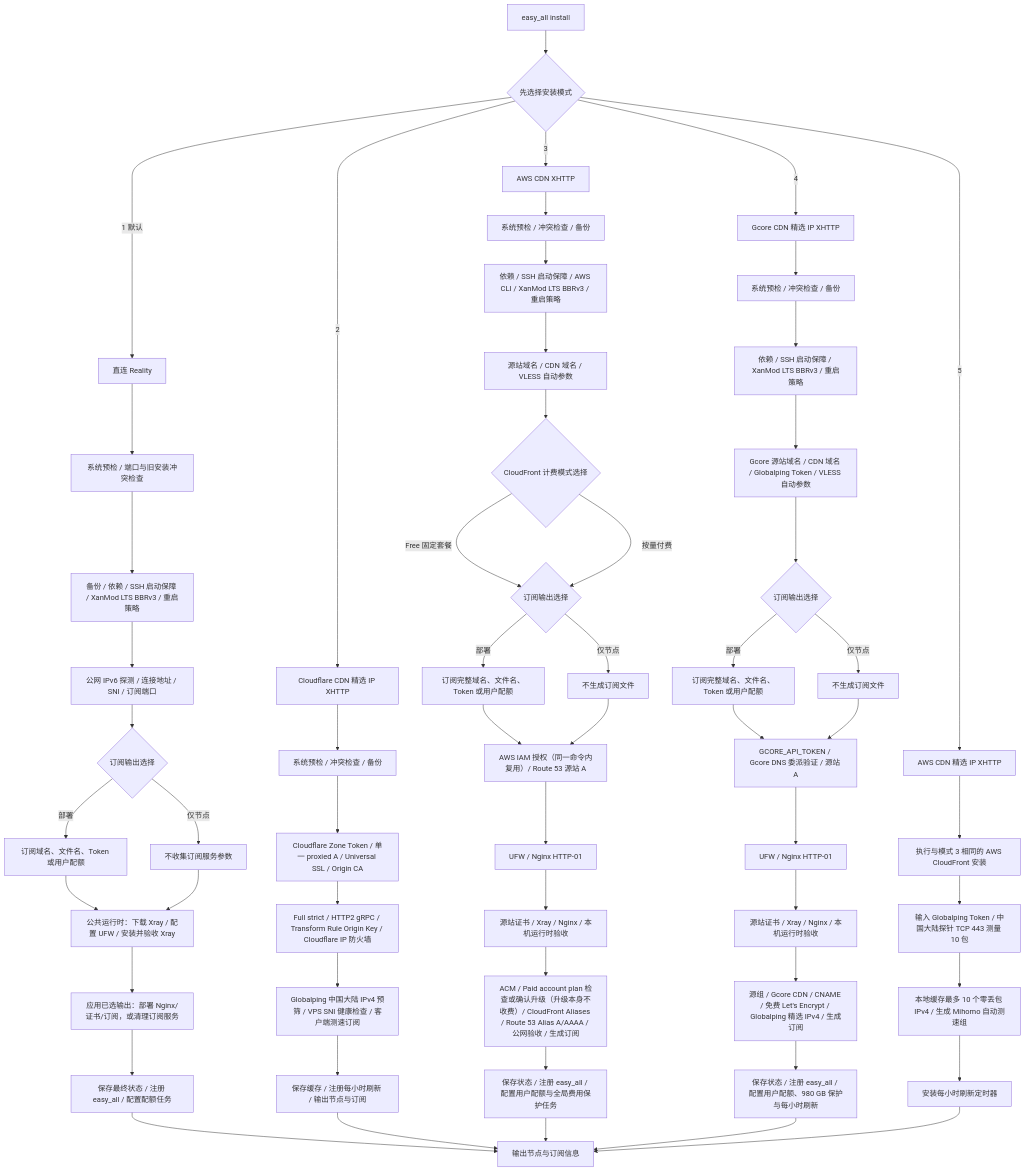
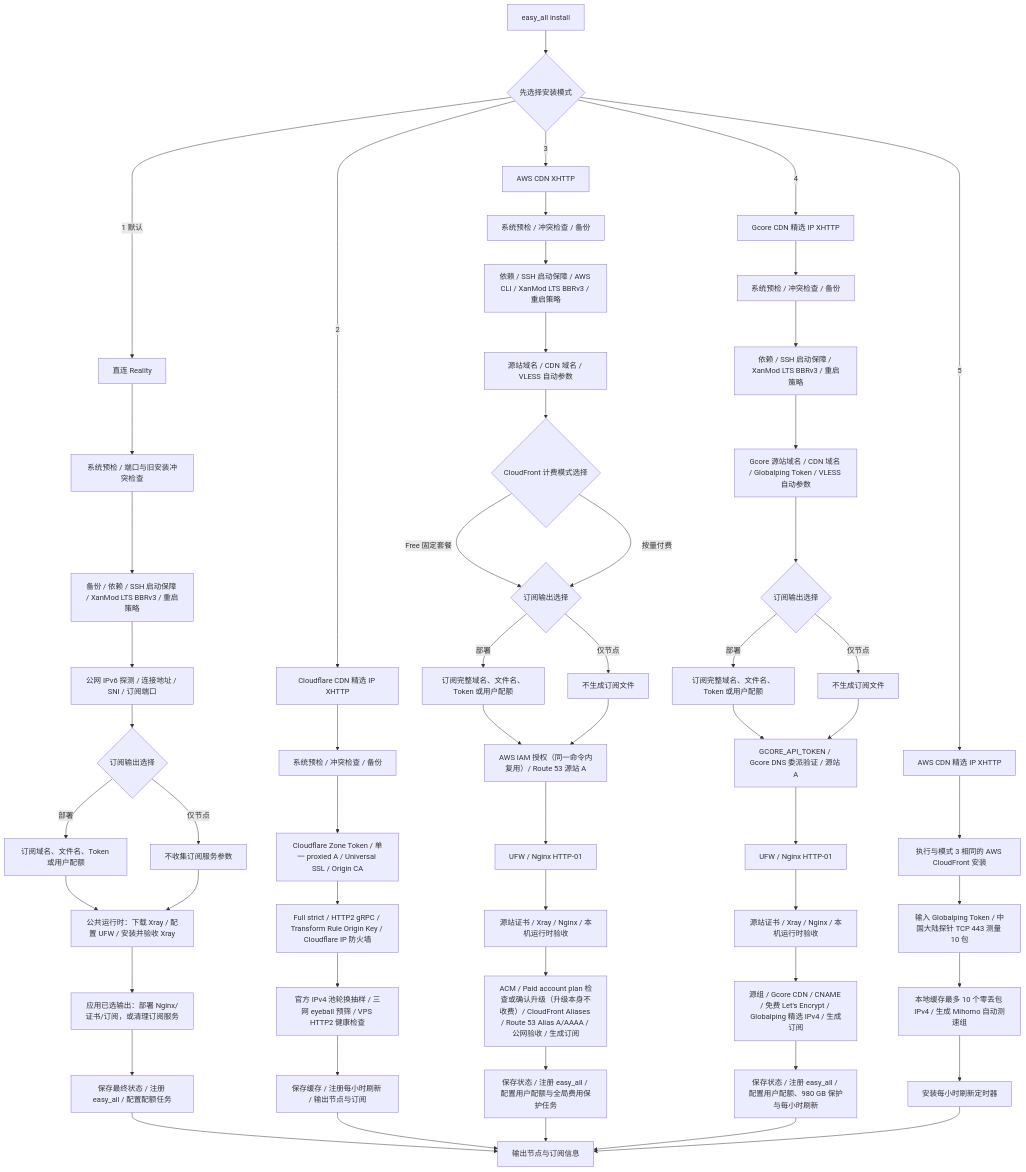
Before and after one commit to v2yiz/easy_all: the diagram in README.md, drawn with Mermaid. The commit also changed other lines of this file and 10 other files, not shown here.

````diff
--- a/README.md
+++ b/README.md
@@ -79,64 +79,64 @@
 ```mermaid
 flowchart TD
     A[easy_all install] --> B{先选择安装模式}
 
     B -->|1 默认| R0[直连 Reality]
     R0 --> R1[系统预检 / 端口与旧安装冲突检查]
     R1 --> R2[备份 / 依赖 / SSH 启动保障 / XanMod LTS BBRv3 / 重启策略]
     R2 --> R3[公网 IPv6 探测 / 连接地址 / SNI / 订阅端口]
     R3 --> R4{订阅输出选择}
     R4 -->|部署| R5[订阅域名、文件名、Token 或用户配额]
     R4 -->|仅节点| R6[不收集订阅服务参数]
     R5 --> R7[公共运行时：下载 Xray / 配置 UFW / 安装并验收 Xray]
     R6 --> R7
     R7 --> R8[应用已选输出：部署 Nginx/证书/订阅，或清理订阅服务]
     R8 --> R9[保存最终状态 / 注册 easy_all / 配置配额任务]
     R9 --> Z[输出节点与订阅信息]
 
     B -->|2| C0[Cloudflare CDN 精选 IP XHTTP]
     C0 --> C1[系统预检 / 冲突检查 / 备份]
     C1 --> C2[Cloudflare Zone Token / 单一 proxied A / Universal SSL / Origin CA]
     C2 --> C3[Full strict / HTTP2 gRPC / Transform Rule Origin Key / Cloudflare IP 防火墙]
-    C3 --> C4[Globalping 中国大陆 IPv4 预筛 / VPS SNI 健康检查 / 客户端测速订阅]
+    C3 --> C4[官方 IPv4 池轮换抽样 / 三网 eyeball 预筛 / VPS HTTP2 健康检查]
     C4 --> C5[保存缓存 / 注册每小时刷新 / 输出节点与订阅]
     C5 --> Z
 
     B -->|3| X0[AWS CDN XHTTP]
     X0 --> X1[系统预检 / 冲突检查 / 备份]
     X1 --> X2[依赖 / SSH 启动保障 / AWS CLI / XanMod LTS BBRv3 / 重启策略]
     X2 --> X3[源站域名 / CDN 域名 / VLESS 自动参数]
     X3 --> X3A{CloudFront 计费模式选择}
     X3A -->|Free 固定套餐| X4{订阅输出选择}
     X3A -->|按量付费| X4
     X4 -->|部署| X5[订阅完整域名、文件名、Token 或用户配额]
     X4 -->|仅节点| X6[不生成订阅文件]
     X5 --> X7[AWS IAM 授权（同一命令内复用）/ Route 53 源站 A]
     X6 --> X7
     X7 --> X8[UFW / Nginx HTTP-01]
     X8 --> X9[源站证书 / Xray / Nginx / 本机运行时验收]
     X9 --> X10[ACM / Paid account plan 检查或确认升级（升级本身不收费）/ CloudFront Aliases / Route 53 Alias A/AAAA / 公网验收 / 生成订阅]
     X10 --> X11[保存状态 / 注册 easy_all / 配置用户配额与全局费用保护任务]
     X11 --> Z
 
     B -->|4| G0[Gcore CDN 精选 IP XHTTP]
     G0 --> G1[系统预检 / 冲突检查 / 备份]
     G1 --> G2[依赖 / SSH 启动保障 / XanMod LTS BBRv3 / 重启策略]
     G2 --> G3[Gcore 源站域名 / CDN 域名 / Globalping Token / VLESS 自动参数]
     G3 --> G4{订阅输出选择}
     G4 -->|部署| G5[订阅完整域名、文件名、Token 或用户配额]
     G4 -->|仅节点| G6[不生成订阅文件]
     G5 --> G7[GCORE_API_TOKEN / Gcore DNS 委派验证 / 源站 A]
     G6 --> G7
     G7 --> G8[UFW / Nginx HTTP-01]
     G8 --> G9[源站证书 / Xray / Nginx / 本机运行时验收]
     G9 --> G10[源组 / Gcore CDN / CNAME / 免费 Let's Encrypt / Globalping 精选 IPv4 / 生成订阅]
     G10 --> G11[保存状态 / 注册 easy_all / 配置用户配额、980 GB 保护与每小时刷新]
     G11 --> Z
 
     B -->|5| O0[AWS CDN 精选 IP XHTTP]
     O0 --> O1[执行与模式 3 相同的 AWS CloudFront 安装]
     O1 --> O2[输入 Globalping Token / 中国大陆探针 TCP 443 测量 10 包]
     O2 --> O3[本地缓存最多 10 个零丢包 IPv4 / 生成 Mihomo 自动测速组]
     O3 --> O4[安装每小时刷新定时器]
     O4 --> Z
 ```
````
